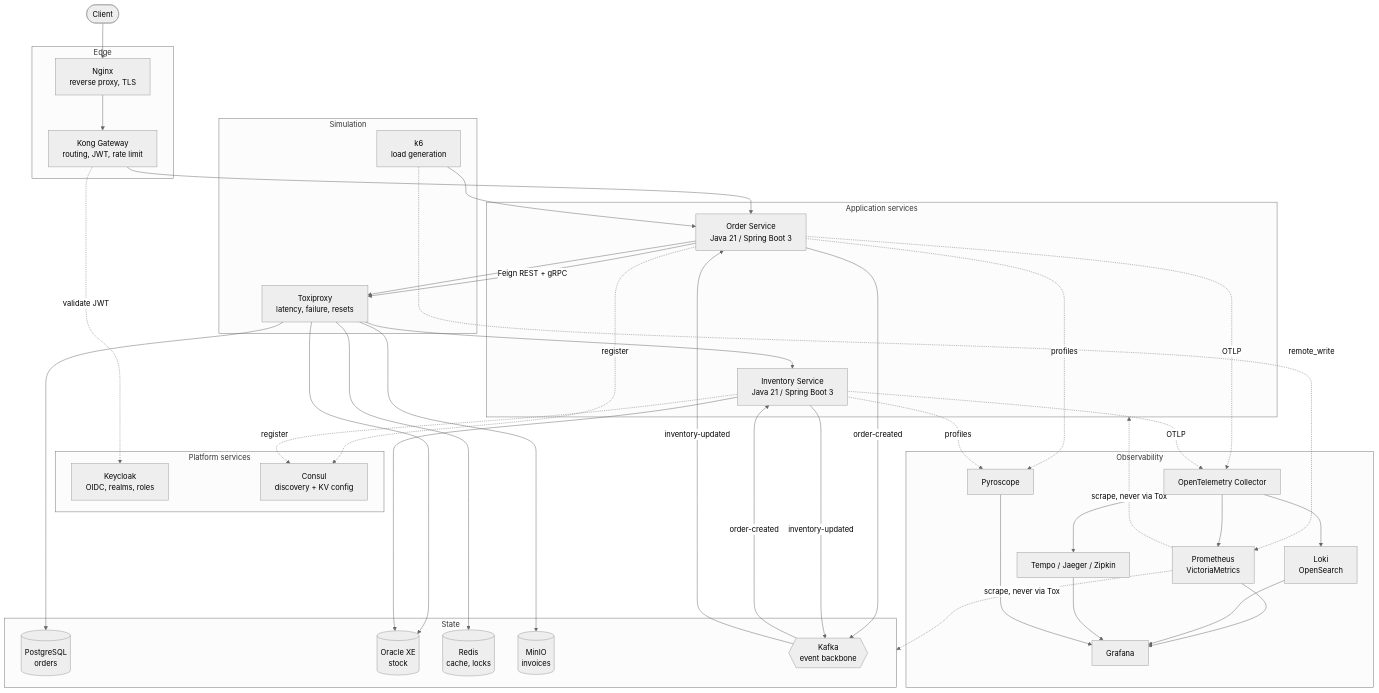
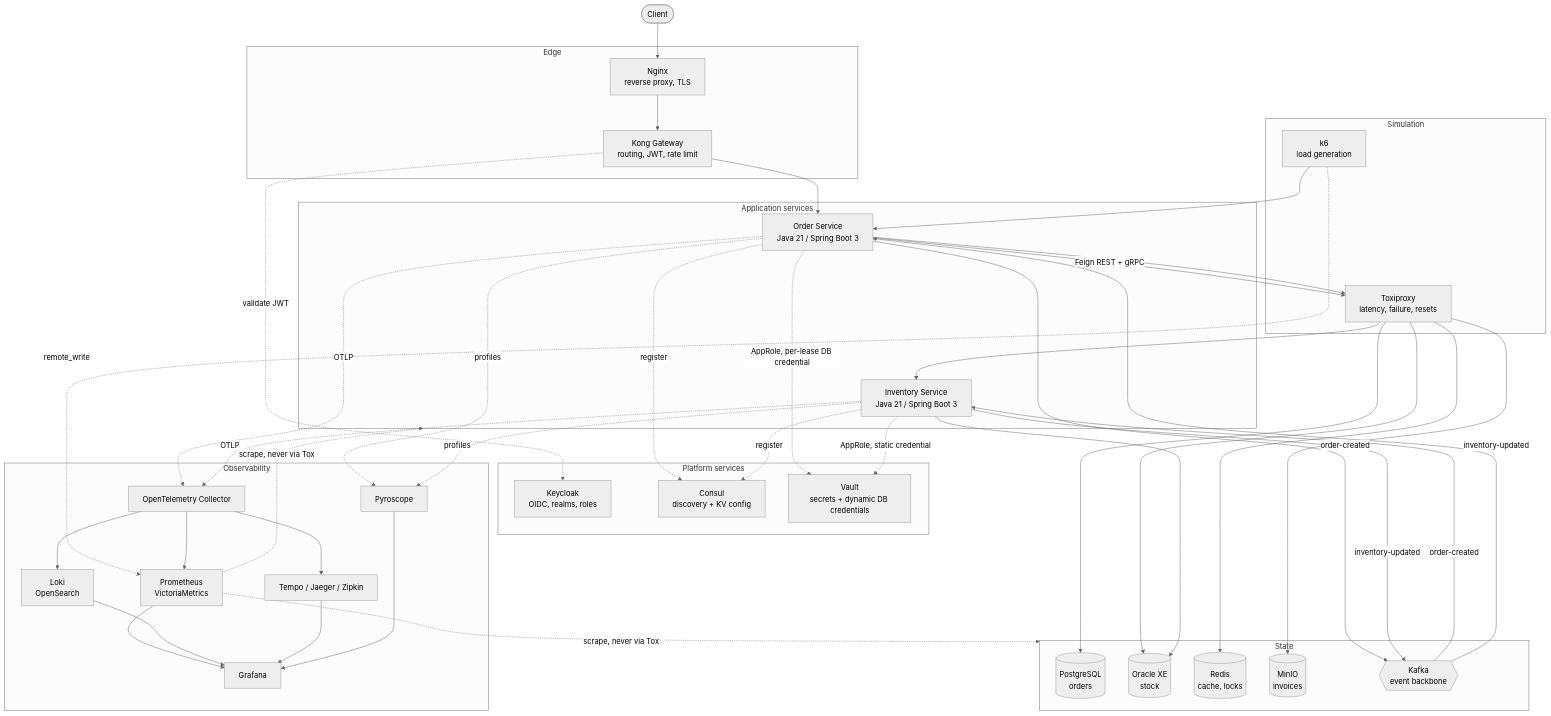
One commit to minhvuongvu/observability-lab-parent changed the diagram in README.md. Above: the diagram before and after it, drawn with Mermaid (neutral theme). The commit also changed other lines of this file and 44 other files, not shown here.

````diff
--- a/README.md
+++ b/README.md
@@ -34,77 +36,80 @@
 ```mermaid
 flowchart TB
     Client([Client])
 
     subgraph Edge["Edge"]
         Nginx["Nginx<br/>reverse proxy, TLS"]
         Kong["Kong Gateway<br/>routing, JWT, rate limit"]
     end
 
     subgraph Platform["Platform services"]
         Keycloak["Keycloak<br/>OIDC, realms, roles"]
         Consul["Consul<br/>discovery + KV config"]
+        Vault["Vault<br/>secrets + dynamic DB credentials"]
     end
 
     subgraph Apps["Application services"]
         Order["Order Service<br/>Java 21 / Spring Boot 3"]
         Inventory["Inventory Service<br/>Java 21 / Spring Boot 3"]
     end
 
     subgraph State["State"]
         Postgres[("PostgreSQL<br/>orders")]
         Oracle[("Oracle XE<br/>stock")]
         Redis[("Redis<br/>cache, locks")]
         MinIO[("MinIO<br/>invoices")]
         Kafka{{"Kafka<br/>event backbone"}}
     end
 
     subgraph Obs["Observability"]
         Otel["OpenTelemetry Collector"]
         Metrics["Prometheus<br/>VictoriaMetrics"]
         Logs["Loki<br/>OpenSearch"]
         Traces["Tempo / Jaeger / Zipkin"]
         Profiles["Pyroscope"]
         Grafana["Grafana"]
     end
 
     subgraph Sim["Simulation"]
         K6["k6<br/>load generation"]
         Tox["Toxiproxy<br/>latency, failure, resets"]
     end
 
     Client --> Nginx --> Kong
     Kong -. validate JWT .-> Keycloak
     Kong --> Order
     K6 --> Order
 
     Order -- Feign REST + gRPC --> Tox --> Inventory
     Order --> Tox
     Tox --> Postgres
     Tox --> Redis
     Tox --> MinIO
     Tox --> Oracle
     Order -- order-created --> Kafka
     Kafka -- order-created --> Inventory
     Inventory --> Oracle
     Inventory -- inventory-updated --> Kafka
     Kafka -- inventory-updated --> Order
 
     Order -. register .-> Consul
     Inventory -. register .-> Consul
+    Order -. AppRole, per-lease DB credential .-> Vault
+    Inventory -. AppRole, static credential .-> Vault
     K6 -. remote_write .-> Metrics
     Metrics -. scrape, never via Tox .-> Apps
     Metrics -. scrape, never via Tox .-> State
     Order -. OTLP .-> Otel
     Inventory -. OTLP .-> Otel
     Order -. profiles .-> Profiles
     Inventory -. profiles .-> Profiles
 
     Otel --> Metrics
     Otel --> Logs
     Otel --> Traces
 
     Metrics --> Grafana
     Logs --> Grafana
     Traces --> Grafana
     Profiles --> Grafana
 ```
````
